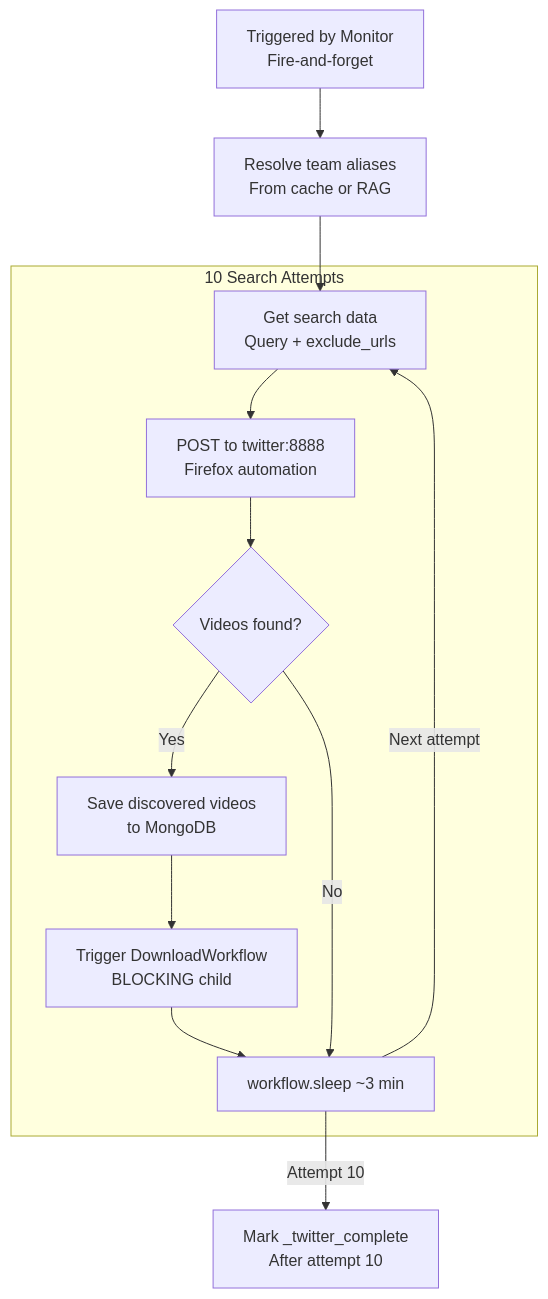
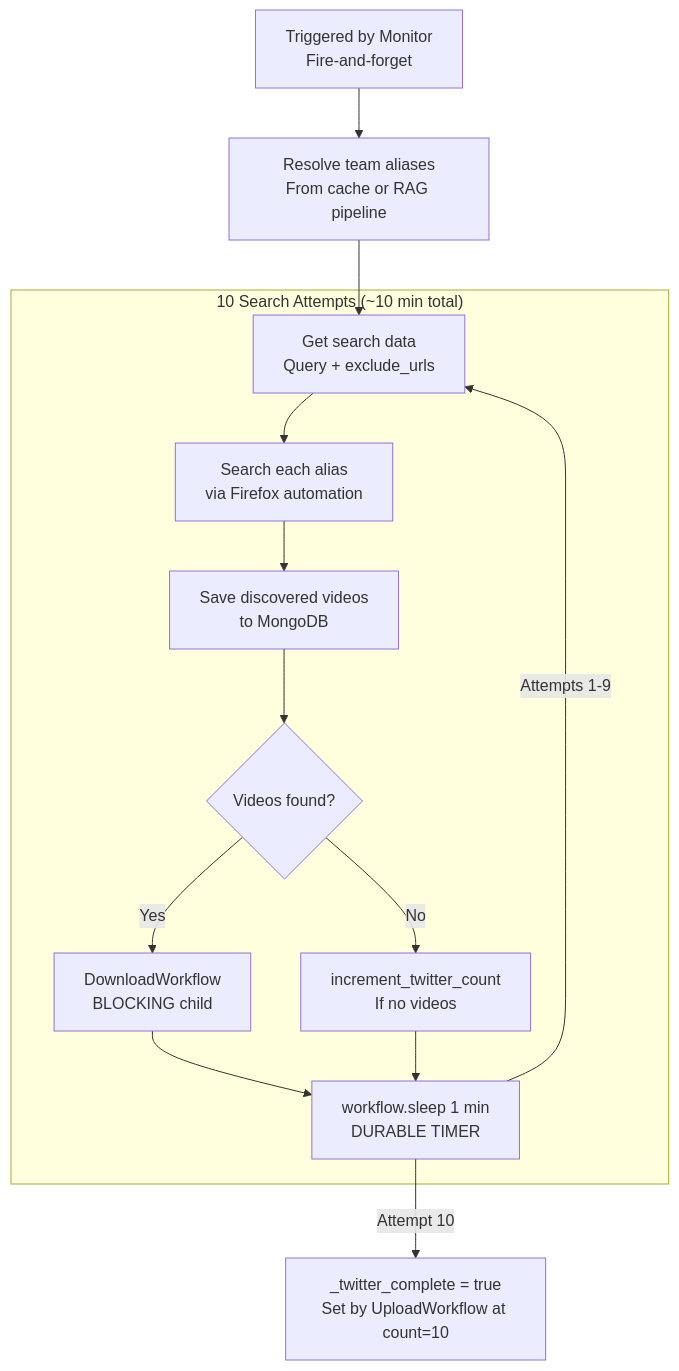
One commit to vedantadhobley/found-footy changed diagram 12 of 14 in README.md. Above: the diagram before and after it, drawn with Mermaid. The commit also changed other lines of this file and 4 other files, not shown here.

First line of the commit message:
docs: update README with multi-worker architecture and Mermaid diagrams

````diff
--- a/README.md
+++ b/README.md
@@ -551,23 +585,24 @@
 ```mermaid
 flowchart TB
     TRIGGER[Triggered by Monitor<br/>Fire-and-forget]
     
-    ALIASES[Resolve team aliases<br/>From cache or RAG]
+    ALIASES[Resolve team aliases<br/>From cache or RAG pipeline]
     
-    subgraph LOOP["10 Search Attempts"]
+    subgraph LOOP["10 Search Attempts (~10 min total)"]
         GET[Get search data<br/>Query + exclude_urls]
-        SEARCH[POST to twitter:8888<br/>Firefox automation]
+        SEARCH[Search each alias<br/>via Firefox automation]
         SAVE[Save discovered videos<br/>to MongoDB]
         FOUND{Videos found?}
-        DOWNLOAD[Trigger DownloadWorkflow<br/>BLOCKING child]
-        SLEEP[workflow.sleep ~3 min]
+        DOWNLOAD[DownloadWorkflow<br/>BLOCKING child]
+        COUNT[increment_twitter_count<br/>If no videos]
+        SLEEP[workflow.sleep 1 min<br/>DURABLE TIMER]
     end
     
-    DONE[Mark _twitter_complete<br/>After attempt 10]
+    DONE[_twitter_complete = true<br/>Set by UploadWorkflow at count=10]
     
-    TRIGGER --> ALIASES --> GET --> SEARCH --> FOUND
-    FOUND -->|Yes| SAVE --> DOWNLOAD --> SLEEP
-    FOUND -->|No| SLEEP
-    SLEEP --> |Next attempt| GET
-    SLEEP --> |Attempt 10| DONE
+    TRIGGER --> ALIASES --> GET --> SEARCH --> SAVE --> FOUND
+    FOUND -->|Yes| DOWNLOAD --> SLEEP
+    FOUND -->|No| COUNT --> SLEEP
+    SLEEP -->|Attempts 1-9| GET
+    SLEEP -->|Attempt 10| DONE
 ```
````
